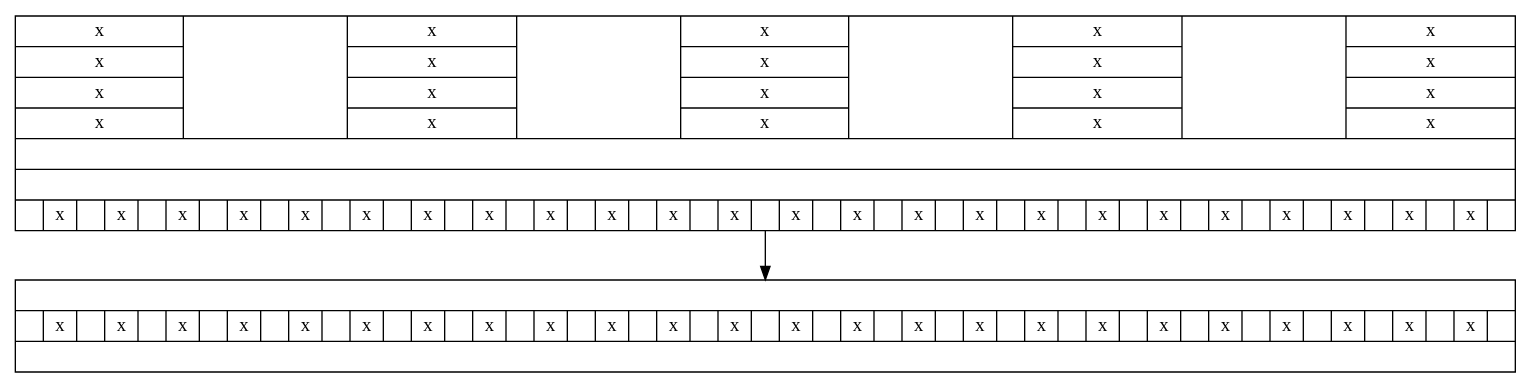
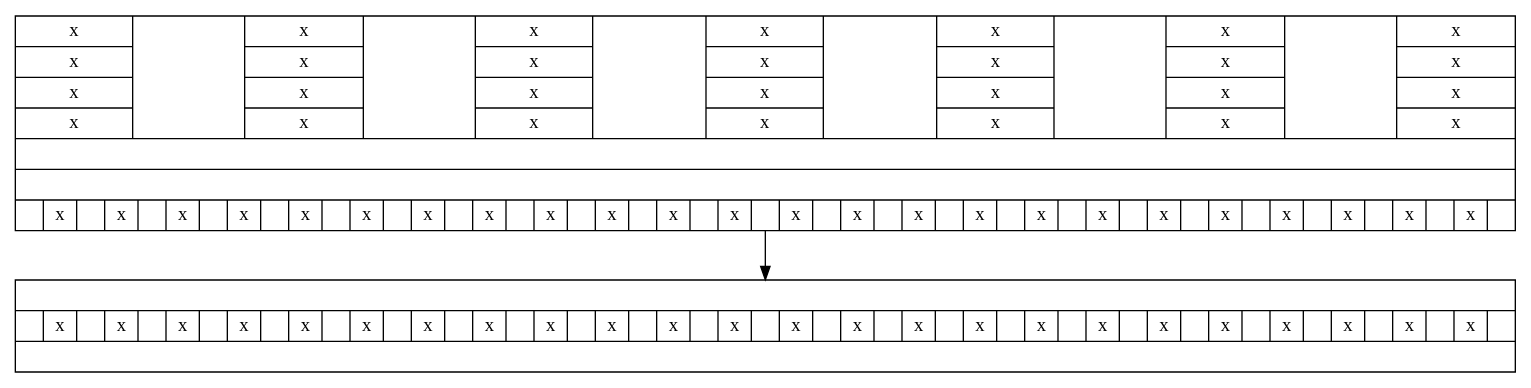
Before and after one commit to alslug/alslug.dk: the diagram in projekter/patch-paneler.dot, drawn with Graphviz.

```diff
--- a/projekter/patch-paneler.dot
+++ b/projekter/patch-paneler.dot
@@ -1,16 +1,18 @@
 digraph xxx {
   bib_patch [ shape=record label="{
   					{
+						{x|x|x|x}||
+						{x|x|x|x}||
 						{x|x|x|x}||
 						{x|x|x|x}||
 						{x|x|x|x}||
 						{x|x|x|x}||
 						{x|x|x|x}
 					}|||
 					{|x||x||x||x||x||x||x||x||x||x||x||x||x||x||x||x||x||x||x||x||x||x||x||x|}
 				   }" ];
   alslug_patch [ shape=record label="{
 					|{ |x| |x| |x| |x| |x| |x| |x| |x| |x| |x| |x| |x| |x| |x| |x| |x| |x| |x| |x| |x| |x| |x| |x| |x| }|
                                       }" ];
   bib_patch -> alslug_patch;
 }
```
